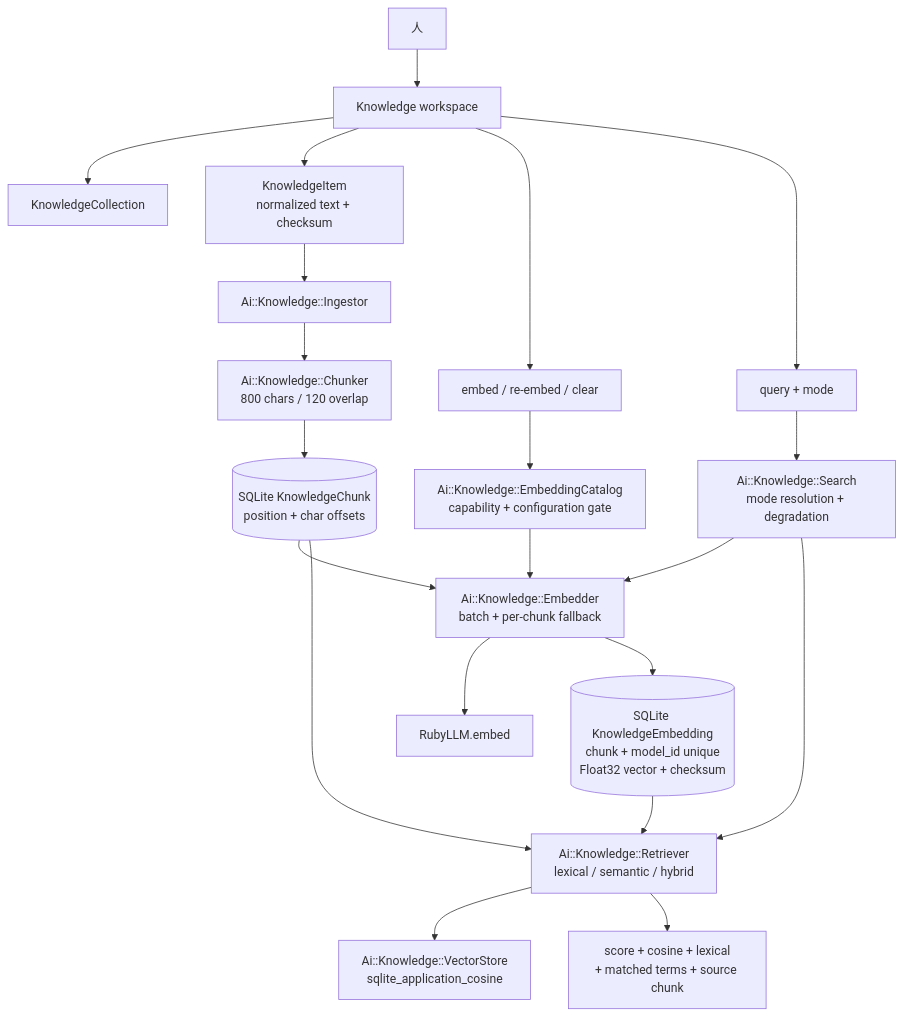
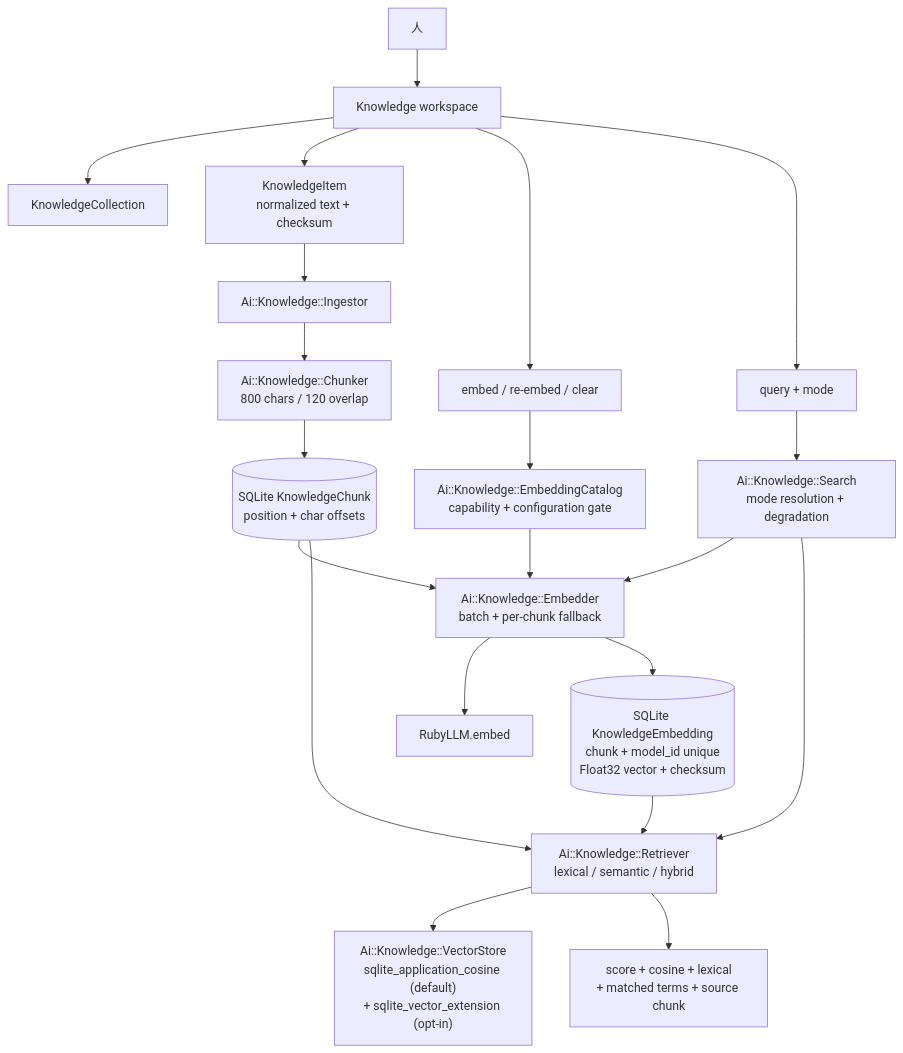
The seventh of 10 diagrams in docs/ARCHITECTURE.md (yorzi/rubyllm-workbench), drawn with Mermaid before and after one commit. The commit also changed other lines of this file and 11 other files, not shown here.

````diff
--- a/docs/ARCHITECTURE.md
+++ b/docs/ARCHITECTURE.md
@@ -407,23 +411,23 @@
 ```mermaid
 flowchart TD
     Human["人"] --> CollectionUI["Knowledge workspace"]
     CollectionUI --> Collection["KnowledgeCollection"]
     CollectionUI --> Item["KnowledgeItem\nnormalized text + checksum"]
     Item --> Ingestor["Ai::Knowledge::Ingestor"]
     Ingestor --> Chunker["Ai::Knowledge::Chunker\n800 chars / 120 overlap"]
     Chunker --> Chunks[("SQLite KnowledgeChunk\nposition + char offsets")]
     CollectionUI --> Embed["embed / re-embed / clear"]
     Embed --> Catalog["Ai::Knowledge::EmbeddingCatalog\ncapability + configuration gate"]
     Catalog --> Embedder["Ai::Knowledge::Embedder\nbatch + per-chunk fallback"]
     Embedder --> RubyLLM["RubyLLM.embed"]
     Chunks --> Embedder
     Embedder --> Vectors[("SQLite KnowledgeEmbedding\nchunk + model_id unique\nFloat32 vector + checksum")]
     CollectionUI --> Query["query + mode"]
     Query --> Search["Ai::Knowledge::Search\nmode resolution + degradation"]
     Search --> Embedder
     Search --> Retriever["Ai::Knowledge::Retriever\nlexical / semantic / hybrid"]
     Chunks --> Retriever
     Vectors --> Retriever
-    Retriever --> Adapter["Ai::Knowledge::VectorStore\nsqlite_application_cosine"]
+    Retriever --> Adapter["Ai::Knowledge::VectorStore\nsqlite_application_cosine (default)\n+ sqlite_vector_extension (opt-in)"]
     Retriever --> Evidence["score + cosine + lexical\n+ matched terms + source chunk"]
 ```
````
